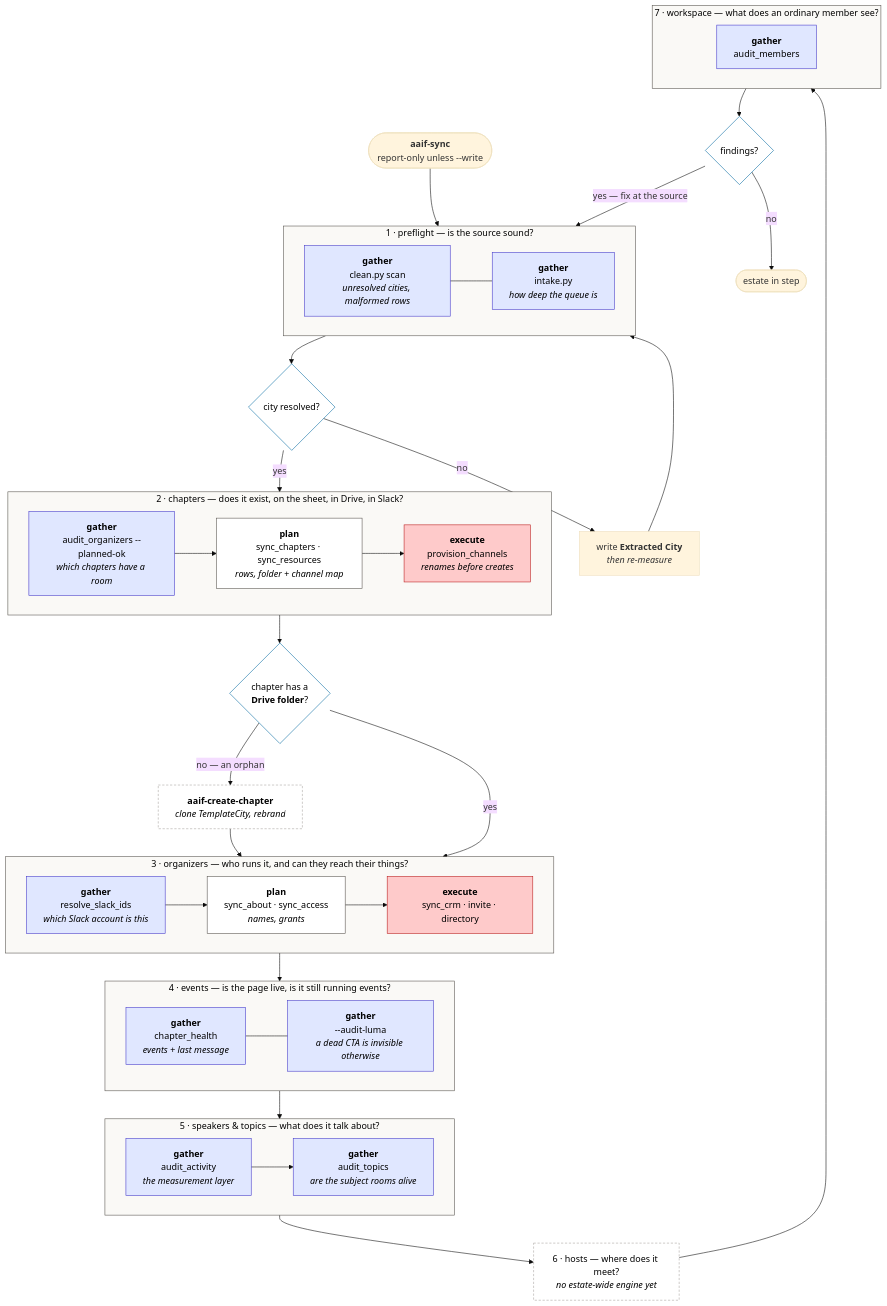
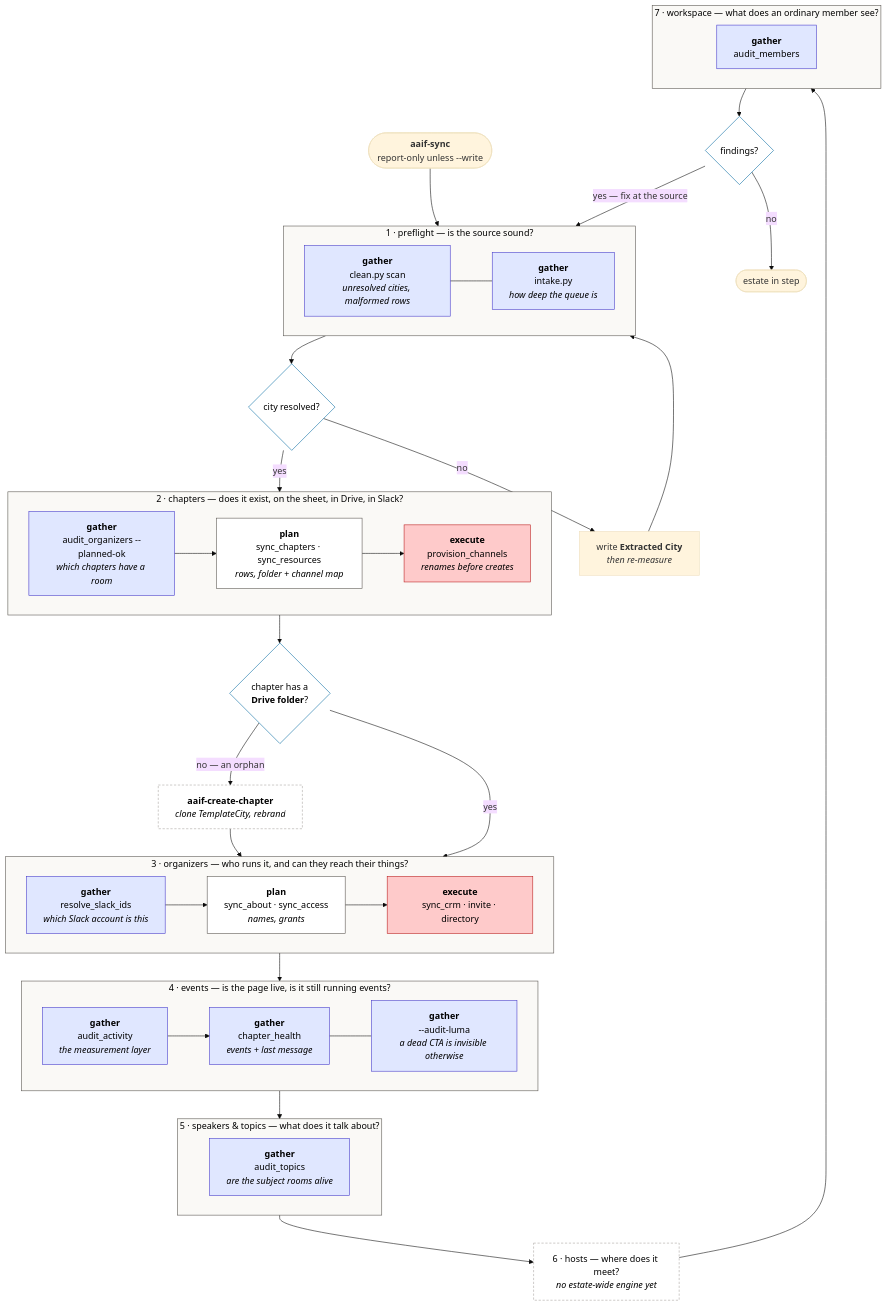
The first of 2 diagrams in README.md (aaif/community-events), drawn with Mermaid (base theme) before and after one commit. The commit also changed other lines of this file and 4 other files, not shown here.

````diff
--- a/README.md
+++ b/README.md
@@ -124,81 +124,80 @@
 ```mermaid
 flowchart TD
     START(["<b>aaif-sync</b><br/>report-only unless --write"]) --> P1
 
     subgraph P1["1 · preflight — is the source sound?"]
         direction LR
         p1a["<b>gather</b><br/>clean.py scan<br/><i>unresolved cities, malformed rows</i>"]
         p1b["<b>gather</b><br/>intake.py<br/><i>how deep the queue is</i>"]
         p1a --- p1b
     end
 
     q1{"city resolved?"}
     fix["write <b>Extracted City</b><br/><i>then re-measure</i>"]
     P1 --> q1
     q1 -->|"no"| fix --> P1
 
     subgraph P2["2 · chapters — does it exist, on the sheet, in Drive, in Slack?"]
         direction LR
         p2a["<b>gather</b><br/>audit_organizers --planned-ok<br/><i>which chapters have a room</i>"]
         p2b["<b>plan</b><br/>sync_chapters · sync_resources<br/><i>rows, folder + channel map</i>"]
         p2c["<b>execute</b><br/>provision_channels<br/><i>renames before creates</i>"]
         p2a --> p2b --> p2c
     end
     q1 -->|"yes"| P2
 
     q2{"chapter has a<br/><b>Drive folder</b>?"}
     NEW["<b>aaif-create-chapter</b><br/><i>clone TemplateCity, rebrand</i>"]
     P2 --> q2
     q2 -->|"no — an orphan"| NEW --> P3
     q2 -->|"yes"| P3
 
     subgraph P3["3 · organizers — who runs it, and can they reach their things?"]
         direction LR
         p3a["<b>gather</b><br/>resolve_slack_ids<br/><i>which Slack account is this</i>"]
         p3b["<b>plan</b><br/>sync_about · sync_access<br/><i>names, grants</i>"]
         p3c["<b>execute</b><br/>sync_crm · invite · directory"]
         p3a --> p3b --> p3c
     end
 
     subgraph P4["4 · events — is the page live, is it still running events?"]
         direction LR
-        p4a["<b>gather</b><br/>chapter_health<br/><i>events + last message</i>"]
-        p4b["<b>gather</b><br/>--audit-luma<br/><i>a dead CTA is invisible otherwise</i>"]
-        p4a --- p4b
+        p4a["<b>gather</b><br/>audit_activity<br/><i>the measurement layer</i>"]
+        p4b["<b>gather</b><br/>chapter_health<br/><i>events + last message</i>"]
+        p4c["<b>gather</b><br/>--audit-luma<br/><i>a dead CTA is invisible otherwise</i>"]
+        p4a --> p4b --- p4c
     end
     P3 --> P4
 
     subgraph P5["5 · speakers &amp; topics — what does it talk about?"]
         direction LR
-        p5a["<b>gather</b><br/>audit_activity<br/><i>the measurement layer</i>"]
-        p5b["<b>gather</b><br/>audit_topics<br/><i>are the subject rooms alive</i>"]
-        p5a --> p5b
+        p5a["<b>gather</b><br/>audit_topics<br/><i>are the subject rooms alive</i>"]
     end
     P4 --> P5
 
     P6["6 · hosts — where does it meet?<br/><i>no estate-wide engine yet</i>"]
     P5 --> P6
 
     subgraph P7["7 · workspace — what does an ordinary member see?"]
         direction LR
         p7a["<b>gather</b><br/>audit_members"]
     end
     P6 --> P7
 
     P7 --> OUT{"findings?"}
     OUT -->|"yes — fix at the source"| P1
     OUT -->|"no"| DONE(["estate in step"])
 
     classDef phase fill:#faf9f6,stroke:#57534e,color:#000
     classDef gather fill:#e0e7ff,stroke:#4338ca,color:#000
     classDef plan fill:#fff,stroke:#57534e,color:#000
     classDef exec fill:#fecaca,stroke:#b91c1c,color:#000
     classDef decide fill:#fff,stroke:#0369a1,color:#000
     classDef side fill:#fff,stroke:#a8a29e,color:#000,stroke-dasharray:4 3
     class P1,P2,P3,P4,P5,P7 phase
-    class p1a,p1b,p2a,p3a,p4a,p4b,p5a,p5b,p7a gather
+    class p1a,p1b,p2a,p3a,p4a,p4b,p4c,p5a,p7a gather
     class p2b,p3b plan
     class p2c,p3c exec
     class q1,q2,OUT decide
     class NEW,P6 side
 ```
````
